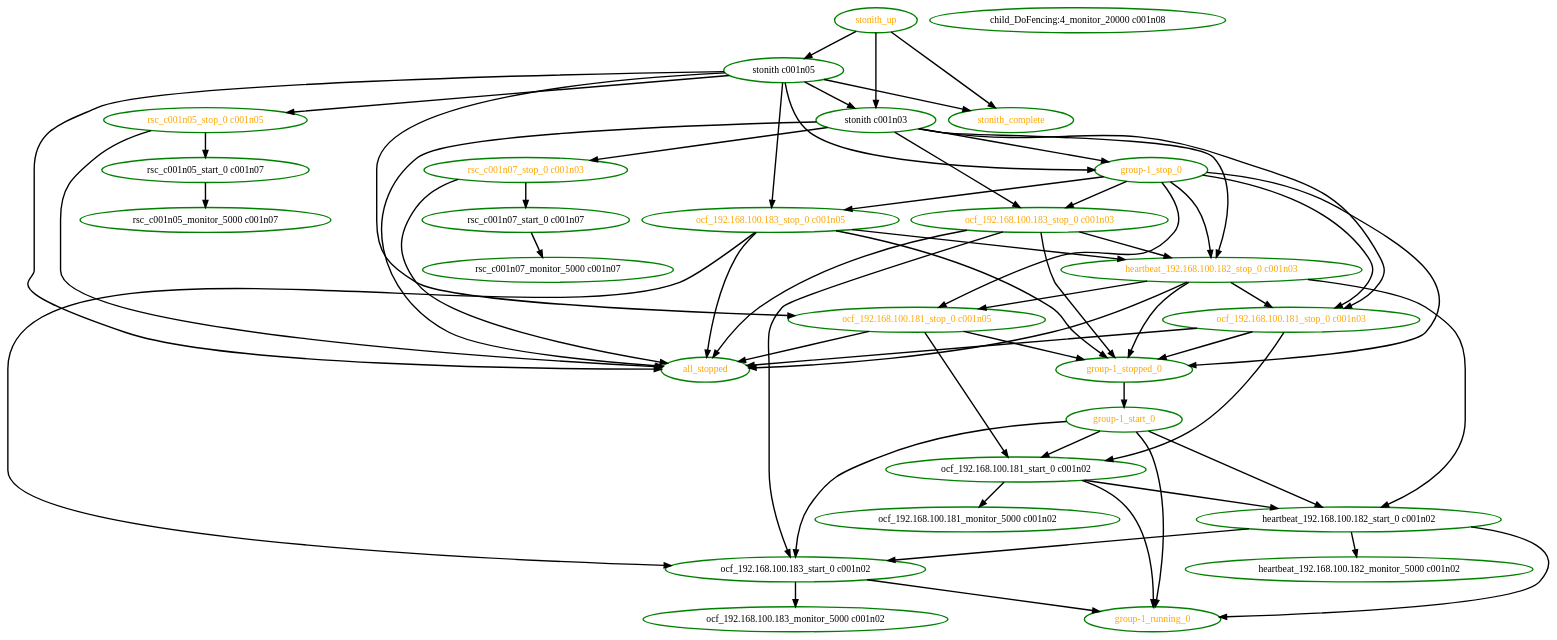
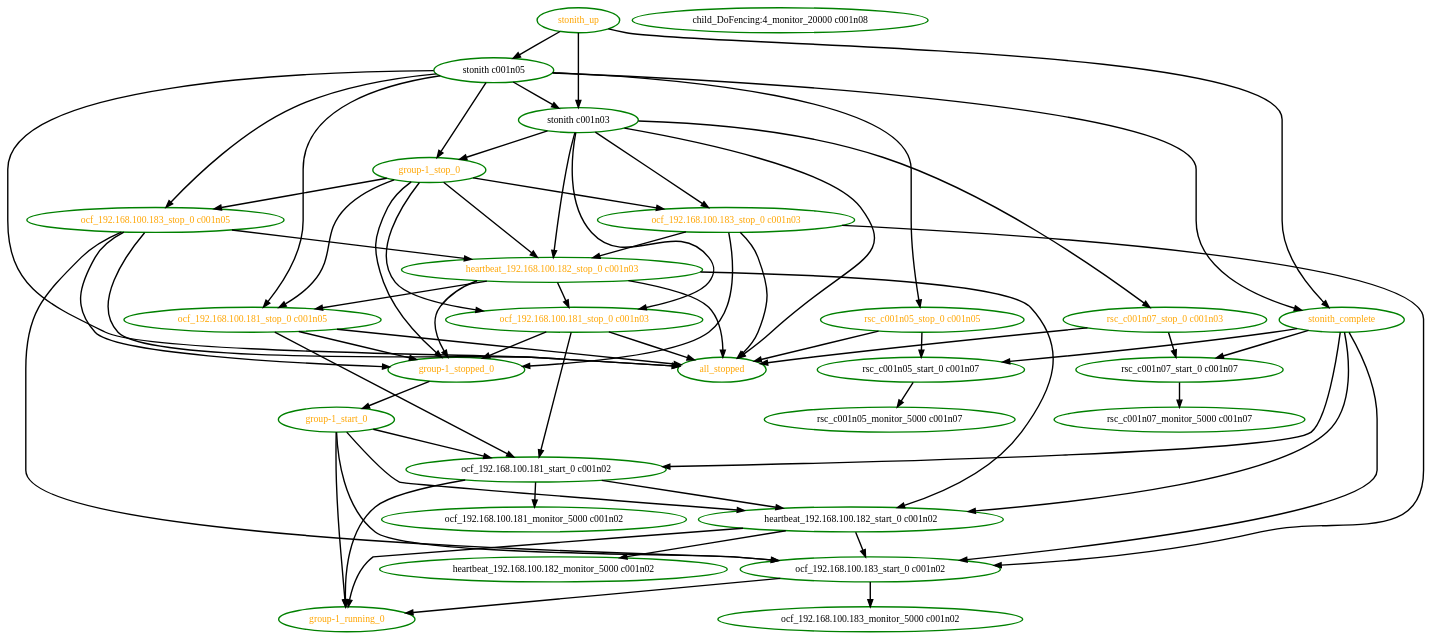
The diagram in pengine/test10/stonith-0.dot (ClusterLabs/pacemaker), drawn with Graphviz before and after one commit. The commit also changed 64 other files, not shown here.

```diff
--- a/pengine/test10/stonith-0.dot
+++ b/pengine/test10/stonith-0.dot
@@ -1,89 +1,94 @@
- digraph "g" {
+digraph "g" {
 "all_stopped" [ style=bold color="green" fontcolor="orange"  ]
-"child_DoFencing:4_monitor_20000 c001n08" [ style=bold color="green" fontcolor="black" ]
-"group-1_running_0" [ style=bold color="green" fontcolor="orange" ]
+"child_DoFencing:4_monitor_20000 c001n08" [ style=bold color="green" fontcolor="black"  ]
+"group-1_running_0" [ style=bold color="green" fontcolor="orange"  ]
 "group-1_start_0" -> "group-1_running_0" [ style = bold]
 "group-1_start_0" -> "heartbeat_192.168.100.182_start_0 c001n02" [ style = bold]
 "group-1_start_0" -> "ocf_192.168.100.181_start_0 c001n02" [ style = bold]
 "group-1_start_0" -> "ocf_192.168.100.183_start_0 c001n02" [ style = bold]
-"group-1_start_0" [ style=bold color="green" fontcolor="orange" ]
+"group-1_start_0" [ style=bold color="green" fontcolor="orange"  ]
 "group-1_stop_0" -> "group-1_stopped_0" [ style = bold]
 "group-1_stop_0" -> "heartbeat_192.168.100.182_stop_0 c001n03" [ style = bold]
 "group-1_stop_0" -> "ocf_192.168.100.181_stop_0 c001n03" [ style = bold]
 "group-1_stop_0" -> "ocf_192.168.100.181_stop_0 c001n05" [ style = bold]
 "group-1_stop_0" -> "ocf_192.168.100.183_stop_0 c001n03" [ style = bold]
 "group-1_stop_0" -> "ocf_192.168.100.183_stop_0 c001n05" [ style = bold]
-"group-1_stop_0" [ style=bold color="green" fontcolor="orange" ]
+"group-1_stop_0" [ style=bold color="green" fontcolor="orange"  ]
 "group-1_stopped_0" -> "group-1_start_0" [ style = bold]
-"group-1_stopped_0" [ style=bold color="green" fontcolor="orange" ]
-"heartbeat_192.168.100.182_monitor_5000 c001n02" [ style=bold color="green" fontcolor="black" ]
+"group-1_stopped_0" [ style=bold color="green" fontcolor="orange"  ]
+"heartbeat_192.168.100.182_monitor_5000 c001n02" [ style=bold color="green" fontcolor="black"  ]
 "heartbeat_192.168.100.182_start_0 c001n02" -> "group-1_running_0" [ style = bold]
 "heartbeat_192.168.100.182_start_0 c001n02" -> "heartbeat_192.168.100.182_monitor_5000 c001n02" [ style = bold]
 "heartbeat_192.168.100.182_start_0 c001n02" -> "ocf_192.168.100.183_start_0 c001n02" [ style = bold]
-"heartbeat_192.168.100.182_start_0 c001n02" [ style=bold color="green" fontcolor="black" ]
+"heartbeat_192.168.100.182_start_0 c001n02" [ style=bold color="green" fontcolor="black"  ]
 "heartbeat_192.168.100.182_stop_0 c001n03" -> "all_stopped" [ style = bold]
 "heartbeat_192.168.100.182_stop_0 c001n03" -> "group-1_stopped_0" [ style = bold]
 "heartbeat_192.168.100.182_stop_0 c001n03" -> "heartbeat_192.168.100.182_start_0 c001n02" [ style = bold]
 "heartbeat_192.168.100.182_stop_0 c001n03" -> "ocf_192.168.100.181_stop_0 c001n03" [ style = bold]
 "heartbeat_192.168.100.182_stop_0 c001n03" -> "ocf_192.168.100.181_stop_0 c001n05" [ style = bold]
 "heartbeat_192.168.100.182_stop_0 c001n03" [ style=bold color="green" fontcolor="orange"  ]
-"ocf_192.168.100.181_monitor_5000 c001n02" [ style=bold color="green" fontcolor="black" ]
+"ocf_192.168.100.181_monitor_5000 c001n02" [ style=bold color="green" fontcolor="black"  ]
 "ocf_192.168.100.181_start_0 c001n02" -> "group-1_running_0" [ style = bold]
 "ocf_192.168.100.181_start_0 c001n02" -> "heartbeat_192.168.100.182_start_0 c001n02" [ style = bold]
 "ocf_192.168.100.181_start_0 c001n02" -> "ocf_192.168.100.181_monitor_5000 c001n02" [ style = bold]
-"ocf_192.168.100.181_start_0 c001n02" [ style=bold color="green" fontcolor="black" ]
+"ocf_192.168.100.181_start_0 c001n02" [ style=bold color="green" fontcolor="black"  ]
 "ocf_192.168.100.181_stop_0 c001n03" -> "all_stopped" [ style = bold]
 "ocf_192.168.100.181_stop_0 c001n03" -> "group-1_stopped_0" [ style = bold]
 "ocf_192.168.100.181_stop_0 c001n03" -> "ocf_192.168.100.181_start_0 c001n02" [ style = bold]
 "ocf_192.168.100.181_stop_0 c001n03" [ style=bold color="green" fontcolor="orange"  ]
 "ocf_192.168.100.181_stop_0 c001n05" -> "all_stopped" [ style = bold]
 "ocf_192.168.100.181_stop_0 c001n05" -> "group-1_stopped_0" [ style = bold]
 "ocf_192.168.100.181_stop_0 c001n05" -> "ocf_192.168.100.181_start_0 c001n02" [ style = bold]
 "ocf_192.168.100.181_stop_0 c001n05" [ style=bold color="green" fontcolor="orange"  ]
-"ocf_192.168.100.183_monitor_5000 c001n02" [ style=bold color="green" fontcolor="black" ]
+"ocf_192.168.100.183_monitor_5000 c001n02" [ style=bold color="green" fontcolor="black"  ]
 "ocf_192.168.100.183_start_0 c001n02" -> "group-1_running_0" [ style = bold]
 "ocf_192.168.100.183_start_0 c001n02" -> "ocf_192.168.100.183_monitor_5000 c001n02" [ style = bold]
-"ocf_192.168.100.183_start_0 c001n02" [ style=bold color="green" fontcolor="black" ]
+"ocf_192.168.100.183_start_0 c001n02" [ style=bold color="green" fontcolor="black"  ]
 "ocf_192.168.100.183_stop_0 c001n03" -> "all_stopped" [ style = bold]
 "ocf_192.168.100.183_stop_0 c001n03" -> "group-1_stopped_0" [ style = bold]
 "ocf_192.168.100.183_stop_0 c001n03" -> "heartbeat_192.168.100.182_stop_0 c001n03" [ style = bold]
 "ocf_192.168.100.183_stop_0 c001n03" -> "ocf_192.168.100.183_start_0 c001n02" [ style = bold]
-"ocf_192.168.100.183_stop_0 c001n03" [ style=bold color="green" fontcolor="orange" ]
+"ocf_192.168.100.183_stop_0 c001n03" [ style=bold color="green" fontcolor="orange"  ]
 "ocf_192.168.100.183_stop_0 c001n05" -> "all_stopped" [ style = bold]
 "ocf_192.168.100.183_stop_0 c001n05" -> "group-1_stopped_0" [ style = bold]
 "ocf_192.168.100.183_stop_0 c001n05" -> "heartbeat_192.168.100.182_stop_0 c001n03" [ style = bold]
 "ocf_192.168.100.183_stop_0 c001n05" -> "ocf_192.168.100.183_start_0 c001n02" [ style = bold]
-"ocf_192.168.100.183_stop_0 c001n05" [ style=bold color="green" fontcolor="orange" ]
-"rsc_c001n05_monitor_5000 c001n07" [ style=bold color="green" fontcolor="black" ]
+"ocf_192.168.100.183_stop_0 c001n05" [ style=bold color="green" fontcolor="orange"  ]
+"rsc_c001n05_monitor_5000 c001n07" [ style=bold color="green" fontcolor="black"  ]
 "rsc_c001n05_start_0 c001n07" -> "rsc_c001n05_monitor_5000 c001n07" [ style = bold]
-"rsc_c001n05_start_0 c001n07" [ style=bold color="green" fontcolor="black" ]
+"rsc_c001n05_start_0 c001n07" [ style=bold color="green" fontcolor="black"  ]
 "rsc_c001n05_stop_0 c001n05" -> "all_stopped" [ style = bold]
 "rsc_c001n05_stop_0 c001n05" -> "rsc_c001n05_start_0 c001n07" [ style = bold]
-"rsc_c001n05_stop_0 c001n05" [ style=bold color="green" fontcolor="orange" ]
-"rsc_c001n07_monitor_5000 c001n07" [ style=bold color="green" fontcolor="black" ]
+"rsc_c001n05_stop_0 c001n05" [ style=bold color="green" fontcolor="orange"  ]
+"rsc_c001n07_monitor_5000 c001n07" [ style=bold color="green" fontcolor="black"  ]
 "rsc_c001n07_start_0 c001n07" -> "rsc_c001n07_monitor_5000 c001n07" [ style = bold]
-"rsc_c001n07_start_0 c001n07" [ style=bold color="green" fontcolor="black" ]
+"rsc_c001n07_start_0 c001n07" [ style=bold color="green" fontcolor="black"  ]
 "rsc_c001n07_stop_0 c001n03" -> "all_stopped" [ style = bold]
 "rsc_c001n07_stop_0 c001n03" -> "rsc_c001n07_start_0 c001n07" [ style = bold]
-"rsc_c001n07_stop_0 c001n03" [ style=bold color="green" fontcolor="orange" ]
+"rsc_c001n07_stop_0 c001n03" [ style=bold color="green" fontcolor="orange"  ]
 "stonith c001n03" -> "all_stopped" [ style = bold]
 "stonith c001n03" -> "group-1_stop_0" [ style = bold]
 "stonith c001n03" -> "heartbeat_192.168.100.182_stop_0 c001n03" [ style = bold]
 "stonith c001n03" -> "ocf_192.168.100.181_stop_0 c001n03" [ style = bold]
 "stonith c001n03" -> "ocf_192.168.100.183_stop_0 c001n03" [ style = bold]
 "stonith c001n03" -> "rsc_c001n07_stop_0 c001n03" [ style = bold]
-"stonith c001n03" [ style=bold color="green" fontcolor="black" ]
+"stonith c001n03" [ style=bold color="green" fontcolor="black"  ]
 "stonith c001n05" -> "all_stopped" [ style = bold]
 "stonith c001n05" -> "group-1_stop_0" [ style = bold]
 "stonith c001n05" -> "ocf_192.168.100.181_stop_0 c001n05" [ style = bold]
 "stonith c001n05" -> "ocf_192.168.100.183_stop_0 c001n05" [ style = bold]
 "stonith c001n05" -> "rsc_c001n05_stop_0 c001n05" [ style = bold]
 "stonith c001n05" -> "stonith c001n03" [ style = bold]
 "stonith c001n05" -> "stonith_complete" [ style = bold]
-"stonith c001n05" [ style=bold color="green" fontcolor="black" ]
+"stonith c001n05" [ style=bold color="green" fontcolor="black"  ]
+"stonith_complete" -> "heartbeat_192.168.100.182_start_0 c001n02" [ style = bold]
+"stonith_complete" -> "ocf_192.168.100.181_start_0 c001n02" [ style = bold]
+"stonith_complete" -> "ocf_192.168.100.183_start_0 c001n02" [ style = bold]
+"stonith_complete" -> "rsc_c001n05_start_0 c001n07" [ style = bold]
+"stonith_complete" -> "rsc_c001n07_start_0 c001n07" [ style = bold]
 "stonith_complete" [ style=bold color="green" fontcolor="orange"  ]
 "stonith_up" -> "stonith c001n03" [ style = bold]
 "stonith_up" -> "stonith c001n05" [ style = bold]
 "stonith_up" -> "stonith_complete" [ style = bold]
 "stonith_up" [ style=bold color="green" fontcolor="orange"  ]
 }
```
